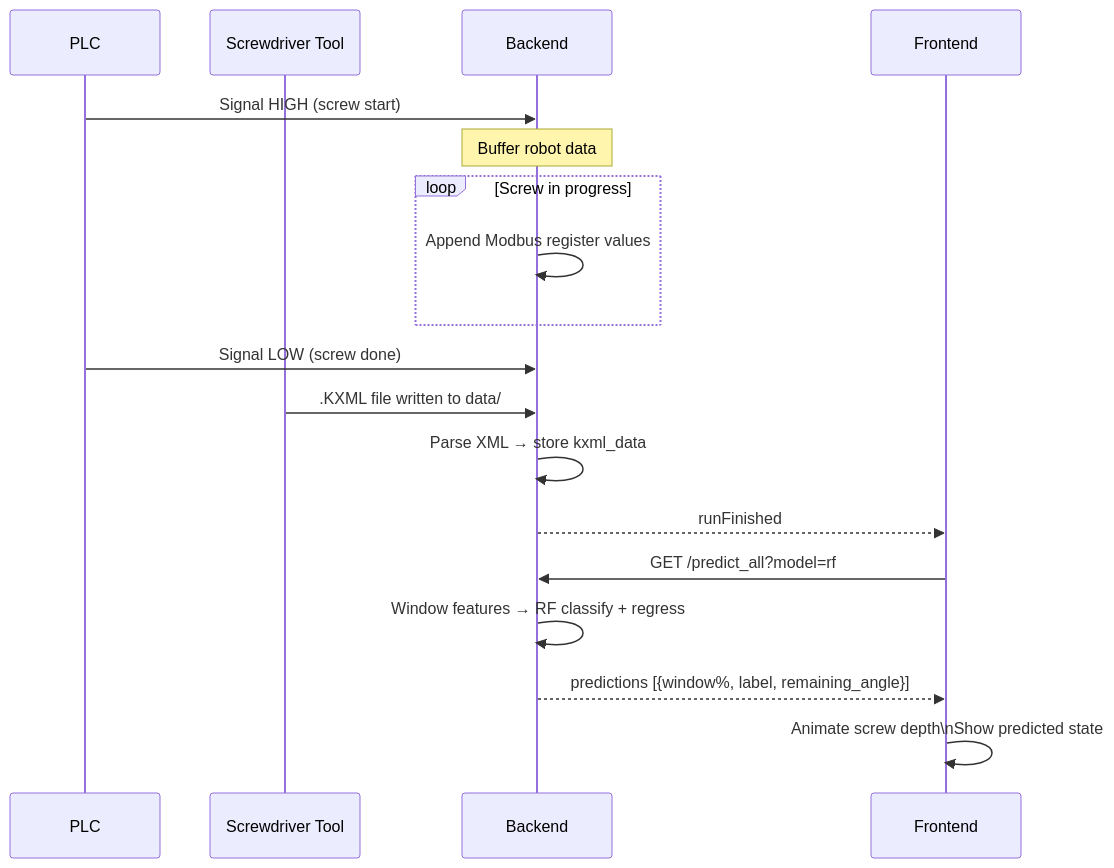
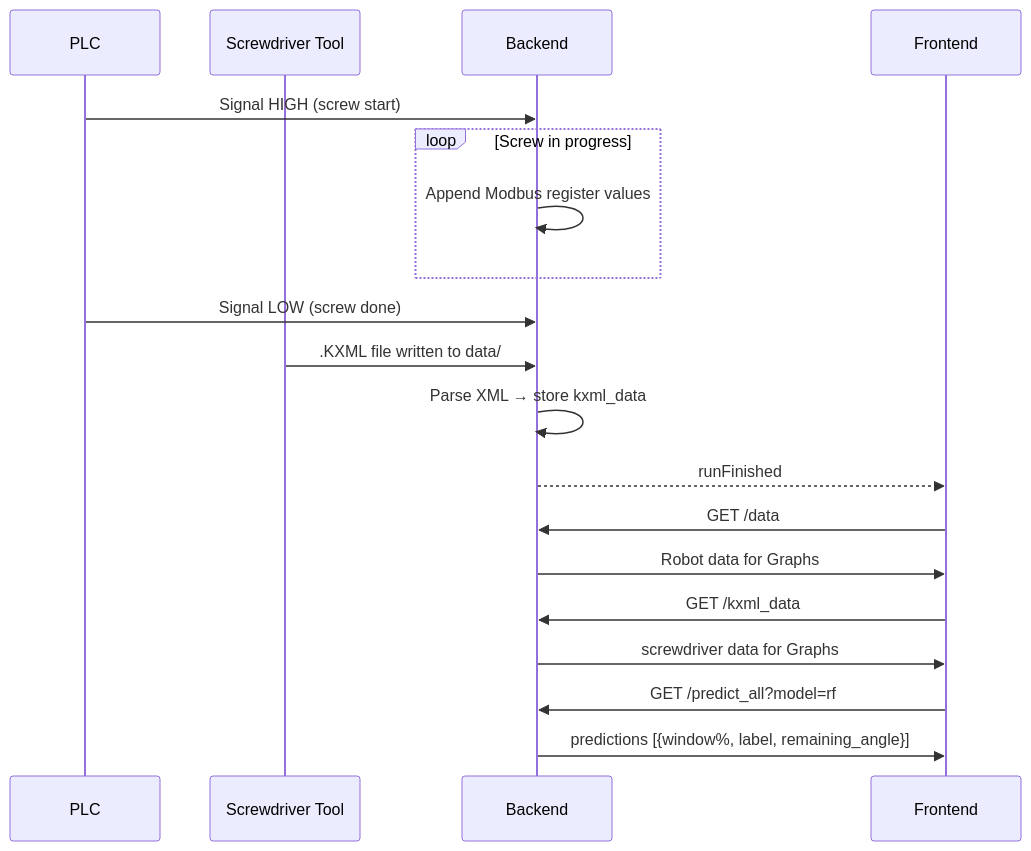
Before and after one commit to thelonesomeprogrammer/p6: the third of 5 diagrams in FLOWCHARTS.md, drawn with Mermaid.

Commit message:
Refactor flowchart API calls and remove notes (#13)
Removed unnecessary notes and updated API calls for fetching robot and screwdriver data.

````diff
--- a/FLOWCHARTS.md
+++ b/FLOWCHARTS.md
@@ -123,26 +123,28 @@
 ```mermaid
 sequenceDiagram
     participant PLC as PLC
     participant Tool as Screwdriver Tool
     participant BE as Backend
     participant FE as Frontend
 
     PLC->>BE: Signal HIGH (screw start)
-    Note over BE: Buffer robot data
 
     loop Screw in progress
         BE->>BE: Append Modbus register values
     end
 
     PLC->>BE: Signal LOW (screw done)
 
     Tool->>BE: .KXML file written to data/
     BE->>BE: Parse XML → store kxml_data
     BE-->>FE: runFinished
 
+    FE->>BE: GET /data
+    BE->>FE: Robot data for Graphs
+
+    FE->>BE: GET /kxml_data
+    BE->>FE: screwdriver data for Graphs
+
     FE->>BE: GET /predict_all?model=rf
-    BE->>BE: Window features → RF classify + regress
-    BE-->>FE: predictions [{window%, label, remaining_angle}]
-
-    FE->>FE: Animate screw depth\nShow predicted state
+    BE->>FE: predictions [{window%, label, remaining_angle}]
 ```
````
